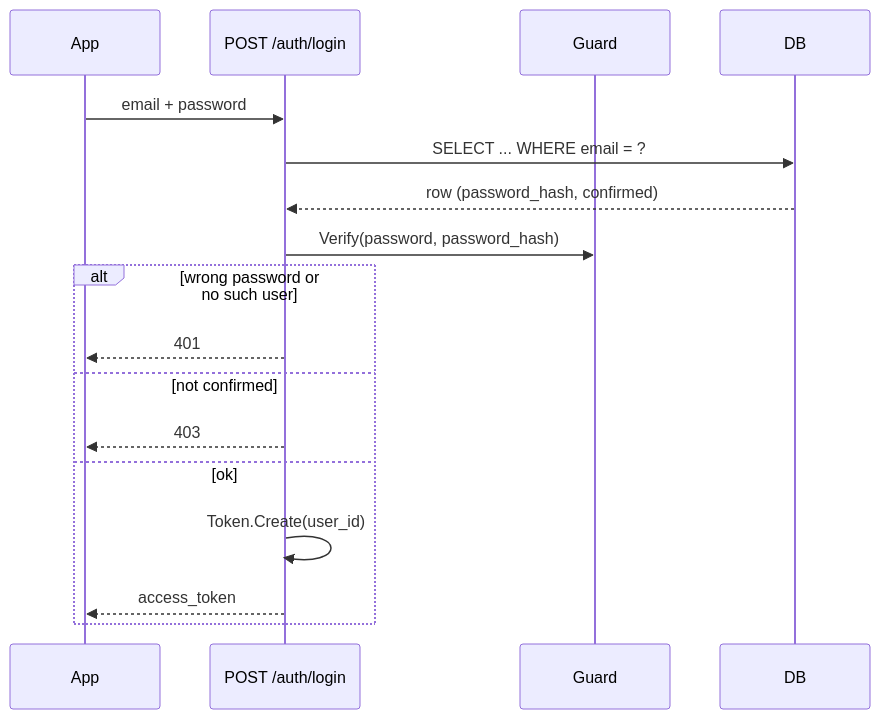
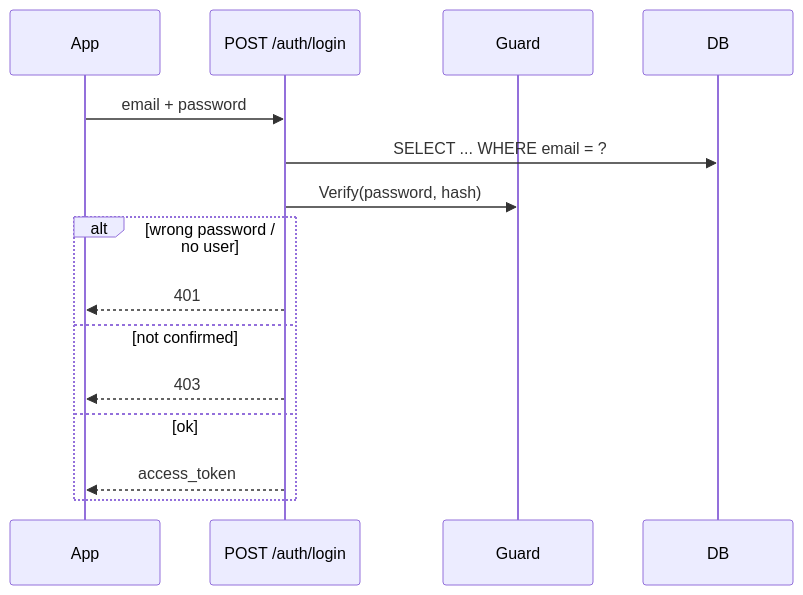
One commit to skellent/iOS-compiler changed the diagram in docs/en/backend/auth.md. Above: the diagram before and after it, drawn with Mermaid. The commit also changed other lines of this file and 25 other files, not shown here.

````diff
--- a/docs/en/backend/auth.md
+++ b/docs/en/backend/auth.md
@@ -46,20 +44,18 @@
 ```mermaid
 sequenceDiagram
     participant App
     participant Auth as POST /auth/login
     participant Guard
     participant DB
 
     App->>Auth: email + password
     Auth->>DB: SELECT ... WHERE email = ?
-    DB-->>Auth: row (password_hash, confirmed)
-    Auth->>Guard: Verify(password, password_hash)
-    alt wrong password or no such user
+    Auth->>Guard: Verify(password, hash)
+    alt wrong password / no user
         Auth-->>App: 401
     else not confirmed
         Auth-->>App: 403
     else ok
-        Auth->>Auth: Token.Create(user_id)
         Auth-->>App: access_token
     end
 ```
````
